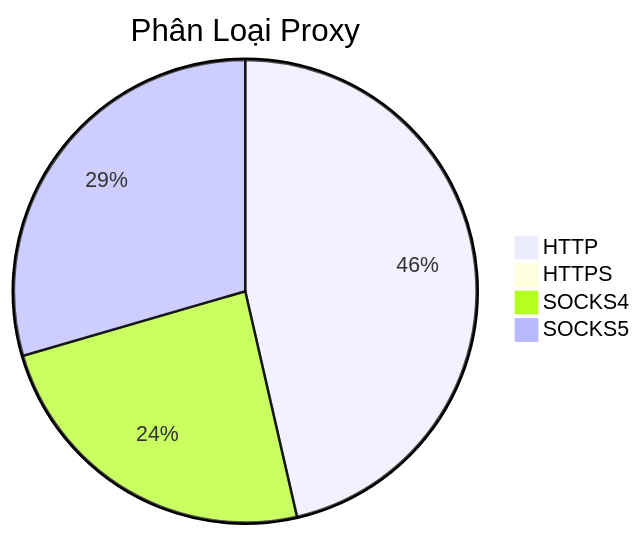
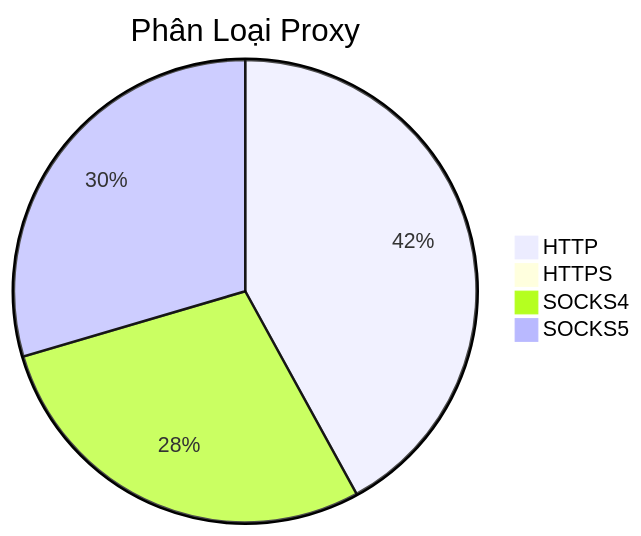
The diagram in README.md (Ciara-12/PROXY-free), drawn with Mermaid before and after one commit. The commit also changed other lines of this file and 4 other files, not shown here.

````diff
--- a/README.md
+++ b/README.md
@@ -26,7 +26,7 @@
 ```mermaid
 pie title Phân Loại Proxy
-    "HTTP" : 472
-    "HTTPS" : 1
-    "SOCKS4" : 245
-    "SOCKS5" : 300
+    "HTTP" : 452
+    "HTTPS" : 0
+    "SOCKS4" : 306
+    "SOCKS5" : 318
 ```
````
